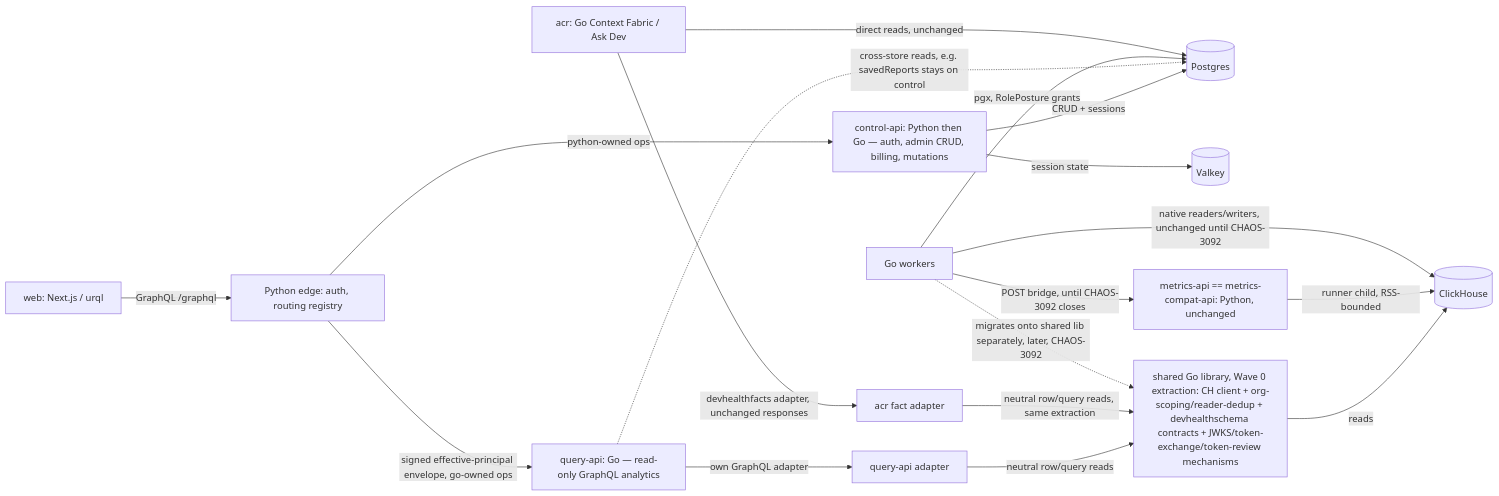
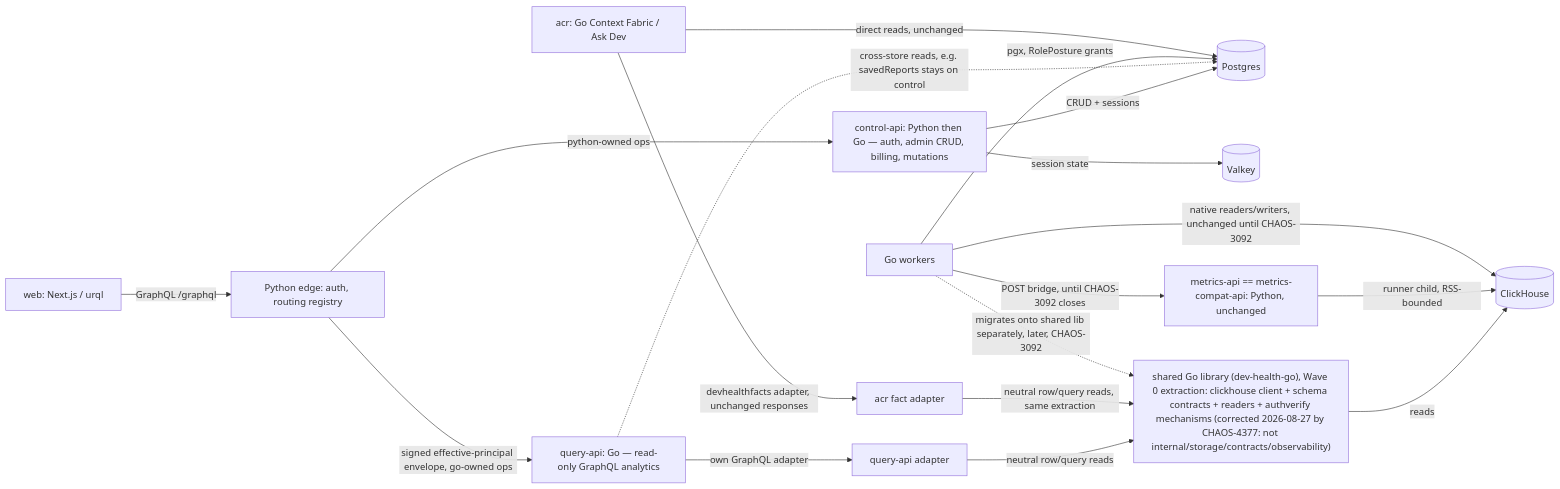
One commit to full-chaos/dev-health-ops changed the second of 3 diagrams in .github/docs-legacy/plans/go-api-epic.md. Above: the diagram before and after it, drawn with Mermaid. The commit also changed other lines of this file and 1 other file, not shown here.

First line of the commit message:
Accept CHAOS-4381 parity rules; correct Wave 0 extraction scope

````diff
--- a/.github/docs-legacy/plans/go-api-epic.md
+++ b/.github/docs-legacy/plans/go-api-epic.md
@@ -133,20 +135,20 @@
 ```mermaid
 flowchart LR
   web[web: Next.js / urql] -->|GraphQL /graphql| edge[Python edge: auth, routing registry]
   edge -->|python-owned ops| control[control-api: Python then Go — auth, admin CRUD, billing, mutations]
   edge -->|signed effective-principal envelope, go-owned ops| query[query-api: Go — read-only GraphQL analytics]
   control -->|CRUD + sessions| pg[(Postgres)]
   control -->|session state| valkey[(Valkey)]
   query -->|own GraphQL adapter| queryadapter[query-api adapter]
   acr[acr: Go Context Fabric / Ask Dev] -->|devhealthfacts adapter, unchanged responses| acradapter[acr fact adapter]
-  queryadapter -->|neutral row/query reads| sharedlib[shared Go library, Wave 0 extraction: CH client + org-scoping/reader-dedup + devhealthschema contracts + JWKS/token-exchange/token-review mechanisms]
+  queryadapter -->|neutral row/query reads| sharedlib["shared Go library (dev-health-go), Wave 0 extraction: clickhouse client + schema contracts + readers + authverify mechanisms (corrected 2026-08-27 by CHAOS-4377: not internal/storage/contracts/observability)"]
   acradapter -->|neutral row/query reads, same extraction| sharedlib
   sharedlib -->|reads| ch[(ClickHouse)]
   query -.->|cross-store reads, e.g. savedReports stays on control| pg
   goworker[Go workers] -->|POST bridge, until CHAOS-3092 closes| metricsapi[metrics-api == metrics-compat-api: Python, unchanged]
   metricsapi -->|runner child, RSS-bounded| ch
   goworker -->|pgx, RolePosture grants| pg
   goworker -->|native readers/writers, unchanged until CHAOS-3092| ch
   goworker -.->|migrates onto shared lib separately, later, CHAOS-3092| sharedlib
   acr -->|direct reads, unchanged| pg
 ```
````
